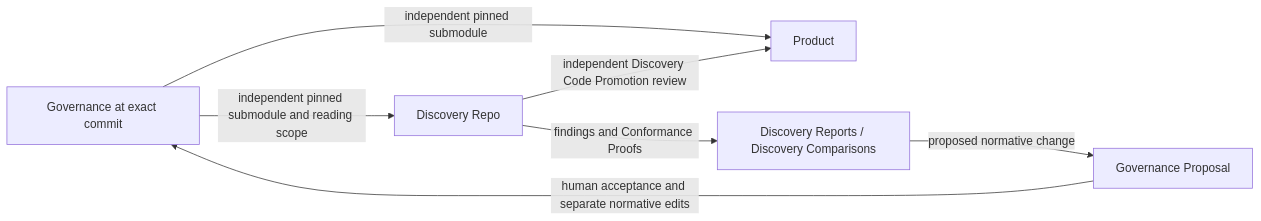
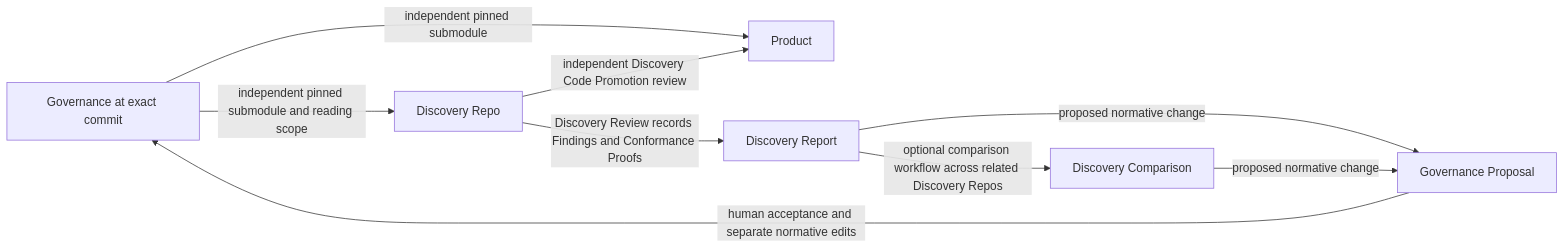
Before and after one commit to wadebee/blt-agent-skills: the diagram in planning/notional/governed-exploratory-development.md, drawn with Mermaid. The commit also changed other lines of this file and 1 other file, not shown here.

````diff
--- a/planning/notional/governed-exploratory-development.md
+++ b/planning/notional/governed-exploratory-development.md
@@ -1020,9 +1037,11 @@
 ```mermaid
 flowchart LR
     G[Governance at exact commit] -->|independent pinned submodule| P[Product]
     G -->|independent pinned submodule and reading scope| D[Discovery Repo]
-    D -->|findings and Conformance Proofs| R[Discovery Reports / Discovery Comparisons]
+    D -->|Discovery Review records Findings and Conformance Proofs| R[Discovery Report]
+    R -->|optional comparison workflow across related Discovery Repos| C[Discovery Comparison]
     R -->|proposed normative change| Q[Governance Proposal]
+    C -->|proposed normative change| Q
     Q -->|human acceptance and separate normative edits| G
     D -->|independent Discovery Code Promotion review| P
 ```
````
